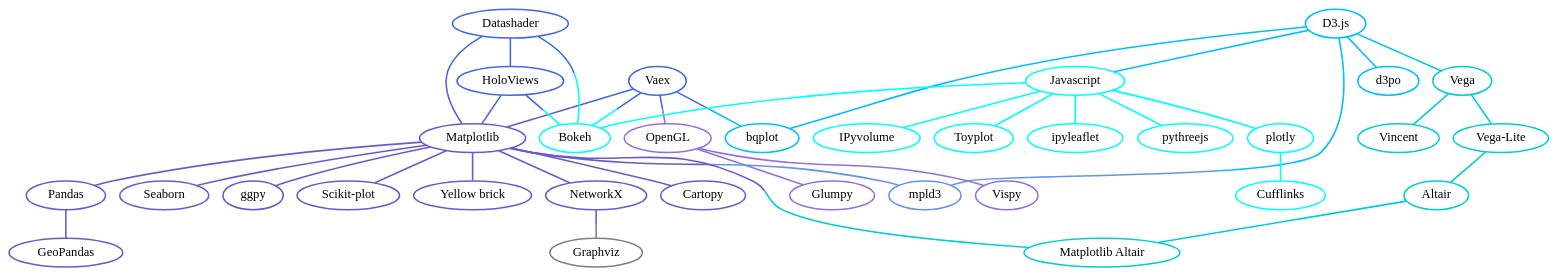
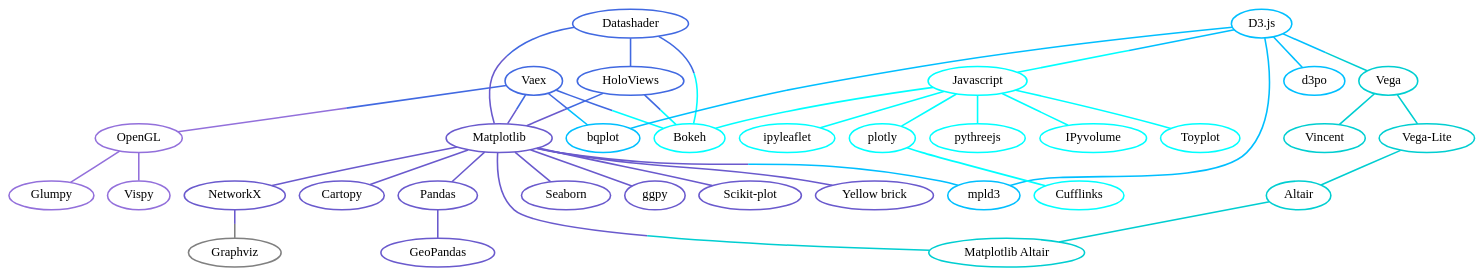
The diagram in docs/viz/index.rst (veit/jupyter-tutorial), drawn with Graphviz before and after one commit.

Commit message:
Rearrange viz docs

```diff
--- a/docs/viz/index.rst
+++ b/docs/viz/index.rst
@@ -39,12 +39,6 @@
             color="slateblue"
             target="_top",
             href="../viz/matplotlib/index.html"]
-        mpld3 [
-            label="mpld3",
-            tooltip="Matplotlib für\nden Webbrowser",
-            color="cornflowerblue",
-            target="_top",
-            href="https://mpld3.github.io/"]
         pandas [
             label="Pandas",
             tooltip="Pandas Datenstrukturen mit\nMatplotlib visualisieren",
@@ -108,6 +102,7 @@
         networkx -- graphviz [color="slateblue;0.5:gray"]
         mpl -- networkx [color="slateblue"]
         mpl -- cartopy [color="slateblue"]
+        mpl -- mpld3 [color="slateblue;0.5:deepskyblue"]
         mpl -- mpl_altair [color="slateblue;0.5:darkturquoise"]
 
         // Vaex, HoloViews, datashader
@@ -158,10 +153,17 @@
             color="deepskyblue",
             target="_top",
             href="https://github.com/adamlabadorf/d3po"]
+        mpld3 [
+            label="mpld3",
+            tooltip="Matplotlib für\nden Webbrowser",
+            color="deepskyblue",
+            target="_top",
+            href="https://mpld3.github.io/"]
         d3js -- bqplot [color="deepskyblue"]
-        d3js -- mpld3 [color="deepskyblue;0.5:cornflowerblue"]
+        d3js -- mpld3 [color="deepskyblue"]
         d3js -- d3po [color="deepskyblue"]
         d3js -- vega [color="deepskyblue;0.5:darkturquoise"]
+        d3js -- javascript [color="deepskyblue;0.5:cyan"]
 
         // Vega
         vega [
@@ -253,6 +255,4 @@
         javascript -- toyplot [color="cyan"]
         javascript -- bokeh [color="cyan"]
         javascript -- pythreejs [color="cyan"]
-        d3js -- javascript [color="deepskyblue"]
-        mpl -- mpld3 [color="slateblue;0.5:cornflowerblue"]
     }
```
